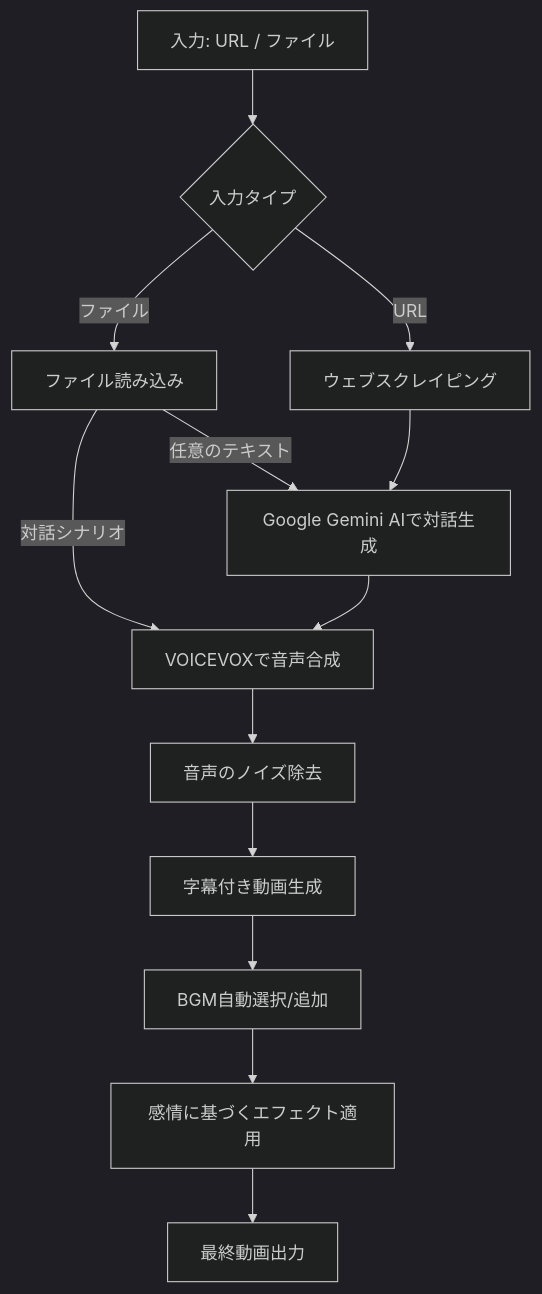
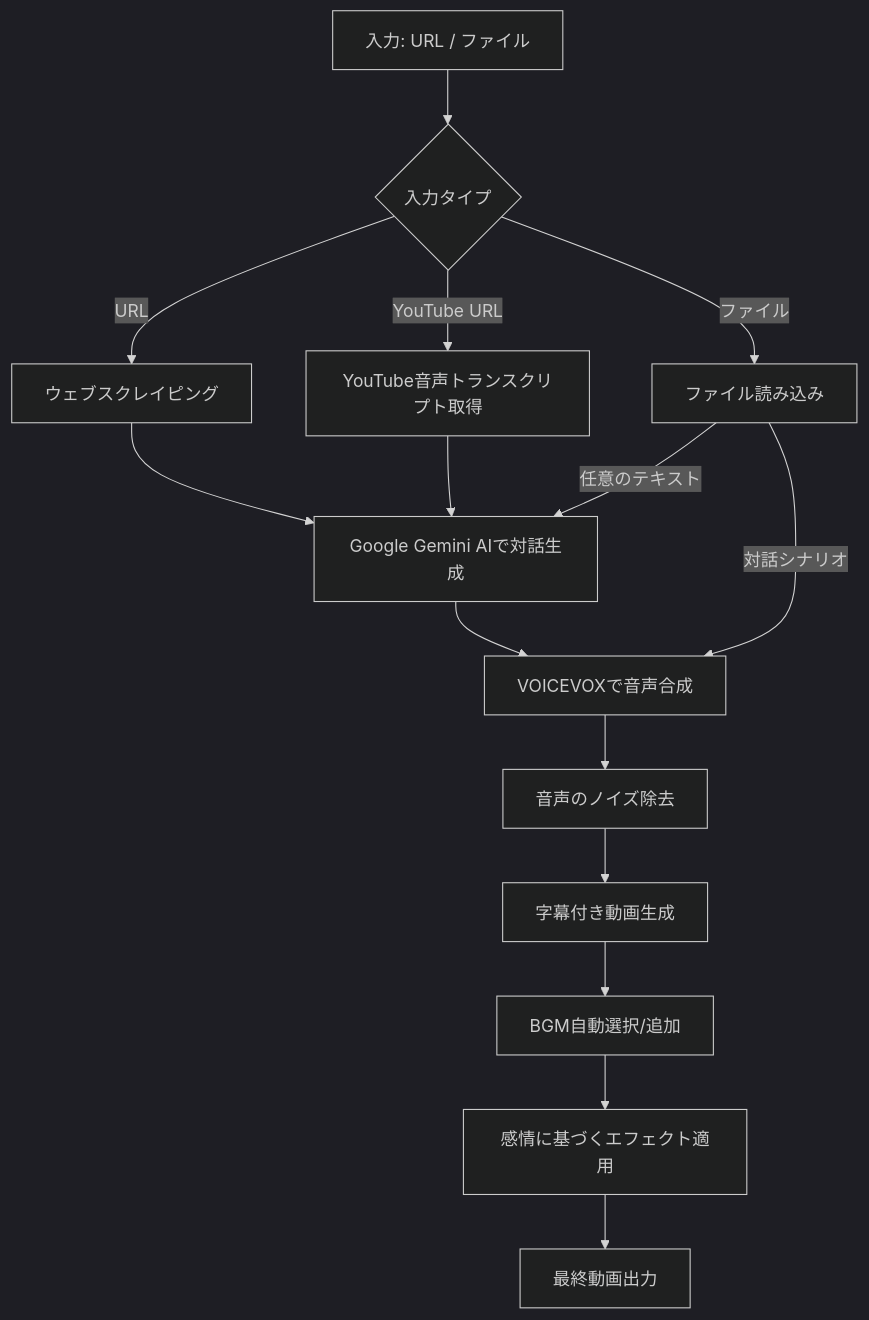
Before and after one commit to aegisfleet/voicevox2video: the diagram in README.md, drawn with Mermaid (dark theme). The commit also changed other lines of this file, not shown here.

Commit message:
README更新

````diff
--- a/README.md
+++ b/README.md
@@ -197,15 +202,17 @@
 ```mermaid
 graph TD
     A[入力: URL / ファイル] --> B{入力タイプ}
     B -->|URL| C[ウェブスクレイピング]
-    B -->|ファイル| D[ファイル読み込み]
-    D -->|任意のテキスト| E
-    C --> E[Google Gemini AIで対話生成]
-    D -->|対話シナリオ| F
-    E --> F[VOICEVOXで音声合成]
-    F --> G[音声のノイズ除去]
-    G --> H[字幕付き動画生成]
-    H --> I[BGM自動選択/追加]
-    I --> J[感情に基づくエフェクト適用]
-    J --> K[最終動画出力]
+    B -->|YouTube URL| D[YouTube音声トランスクリプト取得]
+    B -->|ファイル| E[ファイル読み込み]
+    C --> F[Google Gemini AIで対話生成]
+    D --> F
+    E -->|任意のテキスト| F
+    E -->|対話シナリオ| G
+    F --> G[VOICEVOXで音声合成]
+    G --> H[音声のノイズ除去]
+    H --> I[字幕付き動画生成]
+    I --> J[BGM自動選択/追加]
+    J --> K[感情に基づくエフェクト適用]
+    K --> L[最終動画出力]
 ```
````
